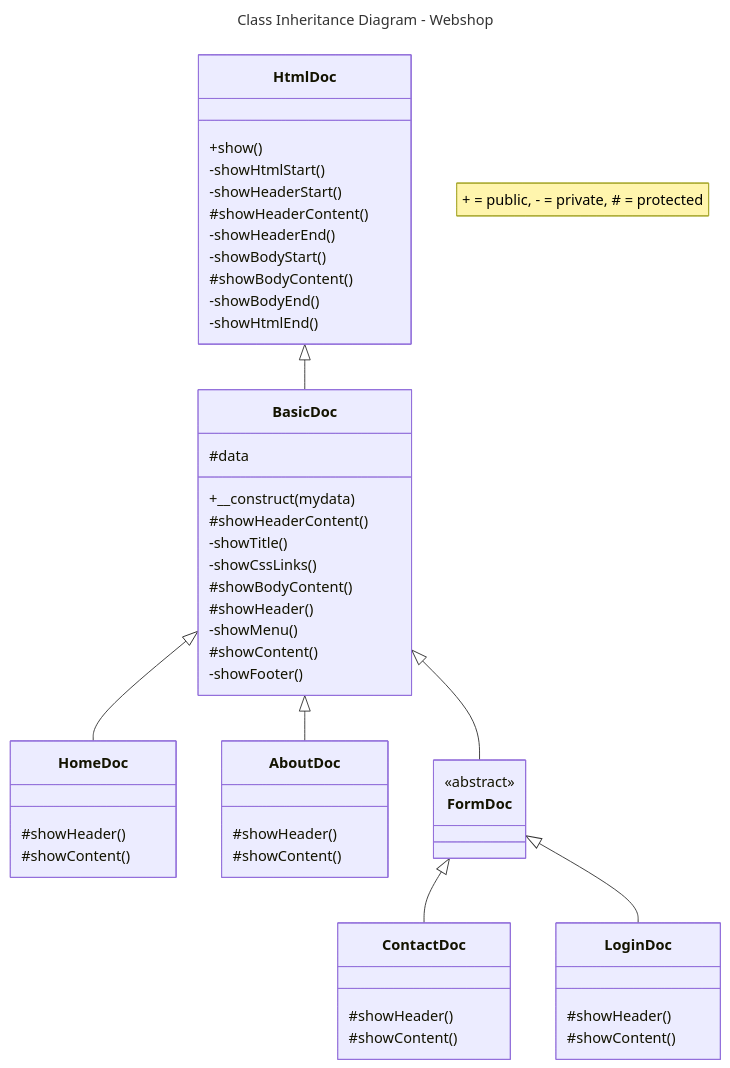
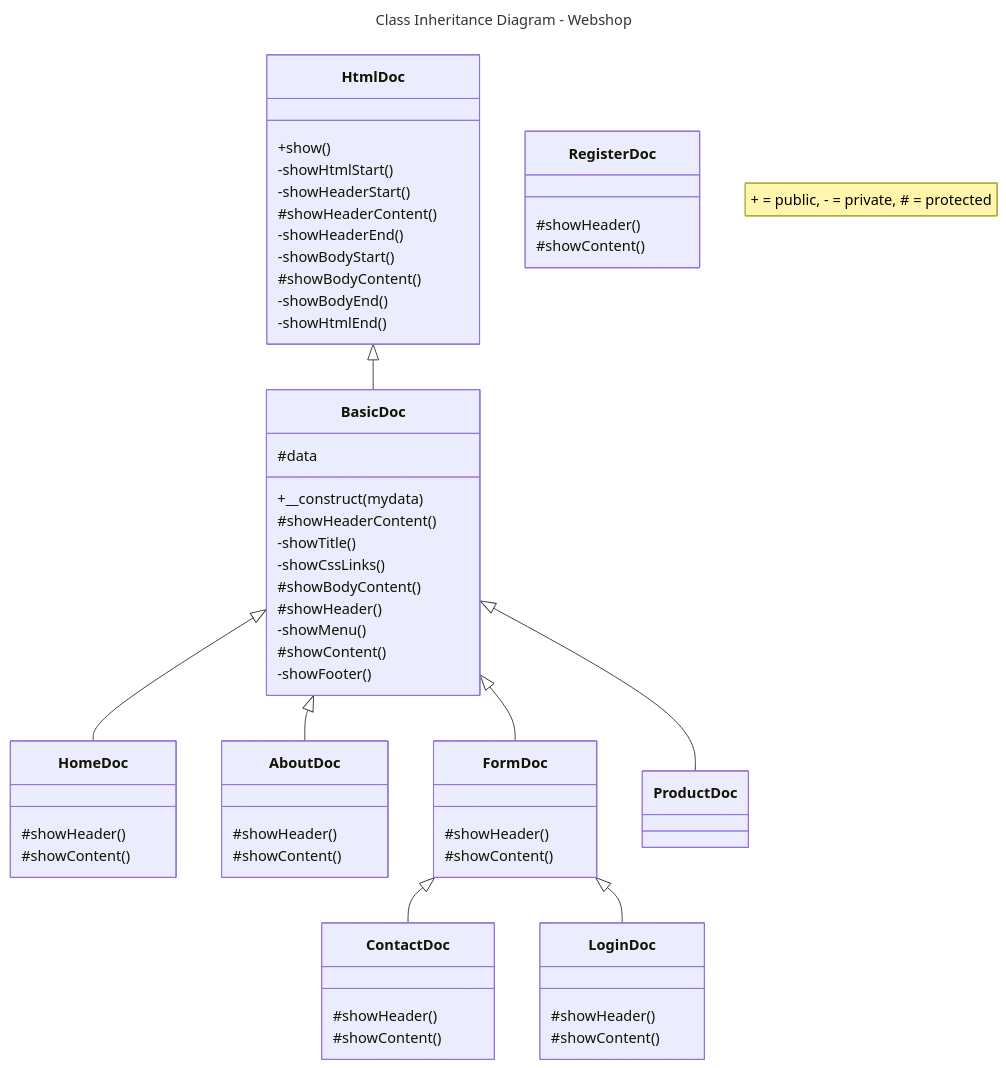
One commit to JeroenHeemskerk/educom-webshop-oop-1698314724 changed the diagram in Diagrams/class-inheritance-diagram-webshop.md. Above: the diagram before and after it, drawn with Mermaid.

````diff
--- a/Diagrams/class-inheritance-diagram-webshop.md
+++ b/Diagrams/class-inheritance-diagram-webshop.md
@@ -1,60 +1,66 @@
 ```mermaid
 ---
 title: Class Inheritance Diagram - Webshop
 ---
 classDiagram
     note "+ = public, - = private, # = protected"
     %% A <|-- B means that class B inherits from class A %%
     HtmlDoc <|-- BasicDoc
 
     BasicDoc <|-- HomeDoc
     BasicDoc <|-- AboutDoc
     BasicDoc <|-- FormDoc
+    BasicDoc <|-- ProductDoc
 
     FormDoc <|-- ContactDoc
     FormDoc <|-- LoginDoc
 
     class HtmlDoc{
        +show()
        -showHtmlStart()
        -showHeaderStart()
        #showHeaderContent()
        -showHeaderEnd()
        -showBodyStart()
        #showBodyContent()
        -showBodyEnd()
        -showHtmlEnd()
     }
     class BasicDoc{
         #data 
         +__construct(mydata)
         #showHeaderContent()
         -showTitle()
         -showCssLinks()
         #showBodyContent()
         #showHeader()
         -showMenu()
         #showContent()
         -showFooter()
     }
     class HomeDoc{
         #showHeader()
         #showContent()
     }
     class AboutDoc{
         #showHeader()
         #showContent()
     }
     class FormDoc{
-        <<abstract>>
+        #showHeader()
+        #showContent()
     }
     class ContactDoc{
         #showHeader()
         #showContent()
     }
     class LoginDoc{
         #showHeader()
         #showContent()
     }
+    class RegisterDoc{
+        #showHeader()
+        #showContent()
+    }
 
 ```
````
